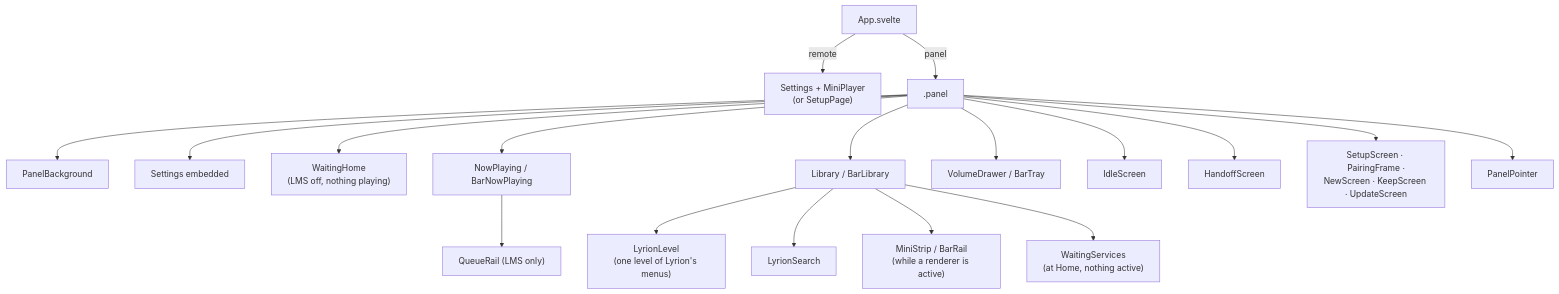
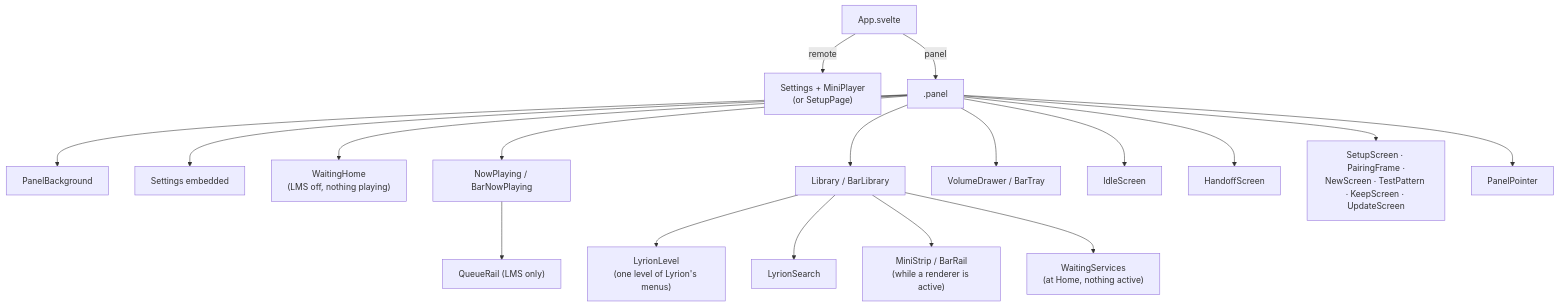
Before and after one commit to gcarstoiu/gexis-player: the fourth of 7 diagrams in docs/tech/ui.md, drawn with Mermaid. The commit also changed other lines of this file and 5 other files, not shown here.

````diff
--- a/docs/tech/ui.md
+++ b/docs/tech/ui.md
@@ -180,21 +182,21 @@
 ```mermaid
 flowchart TD
   App[App.svelte]
   App -->|remote| Rem["Settings + MiniPlayer<br/>(or SetupPage)"]
   App -->|panel| Pan[".panel"]
   Pan --> PB[PanelBackground]
   Pan --> St[Settings embedded]
   Pan --> WH["WaitingHome<br/>(LMS off, nothing playing)"]
   Pan --> NP["NowPlaying / BarNowPlaying"]
   NP --> QR["QueueRail (LMS only)"]
   Pan --> Lib["Library / BarLibrary"]
   Lib --> LL["LyrionLevel<br/>(one level of Lyrion's menus)"]
   Lib --> LS[LyrionSearch]
   Lib --> MS["MiniStrip / BarRail<br/>(while a renderer is active)"]
   Lib --> WS["WaitingServices<br/>(at Home, nothing active)"]
   Pan --> VD["VolumeDrawer / BarTray"]
   Pan --> IS[IdleScreen]
   Pan --> HS[HandoffScreen]
-  Pan --> Ov["SetupScreen · PairingFrame ·<br/>NewScreen · KeepScreen · UpdateScreen"]
+  Pan --> Ov["SetupScreen · PairingFrame ·<br/>NewScreen · TestPattern · KeepScreen · UpdateScreen"]
   Pan --> PP[PanelPointer]
 ```
````
